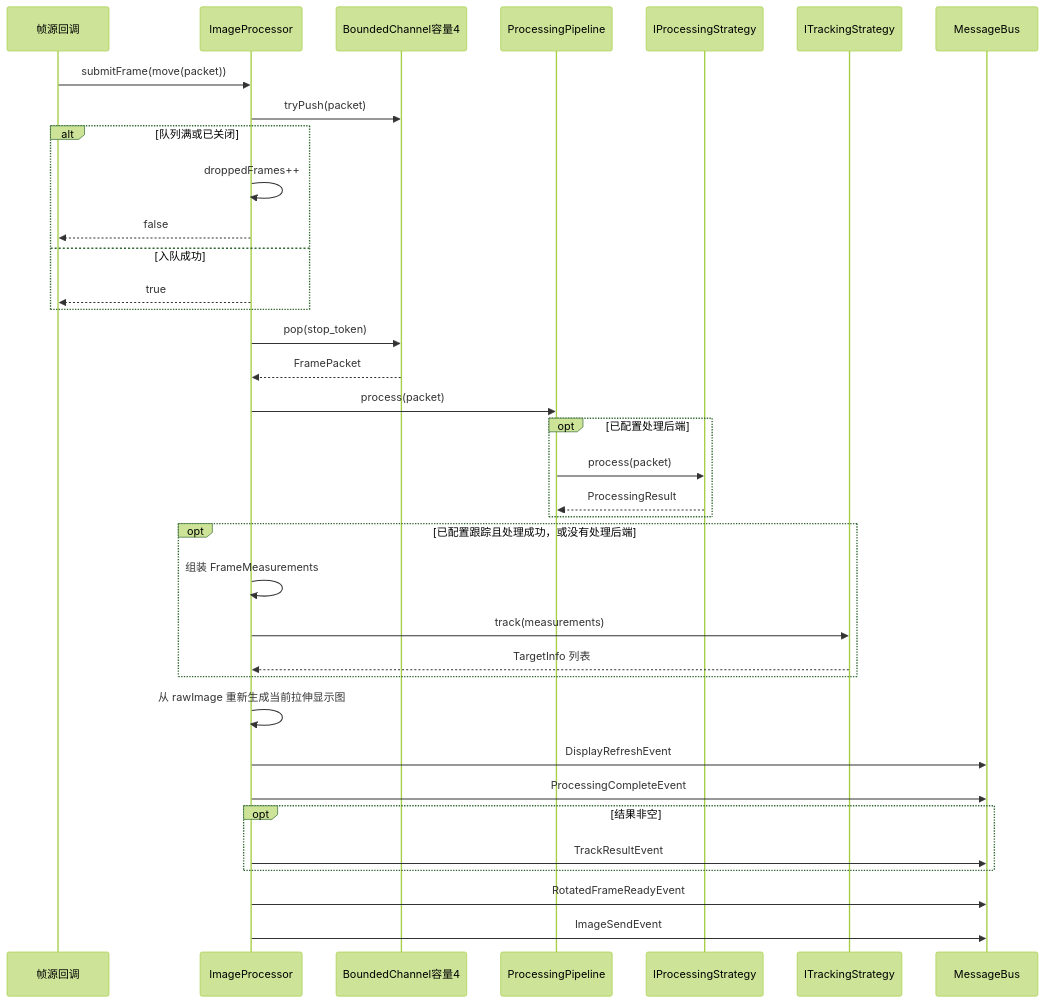
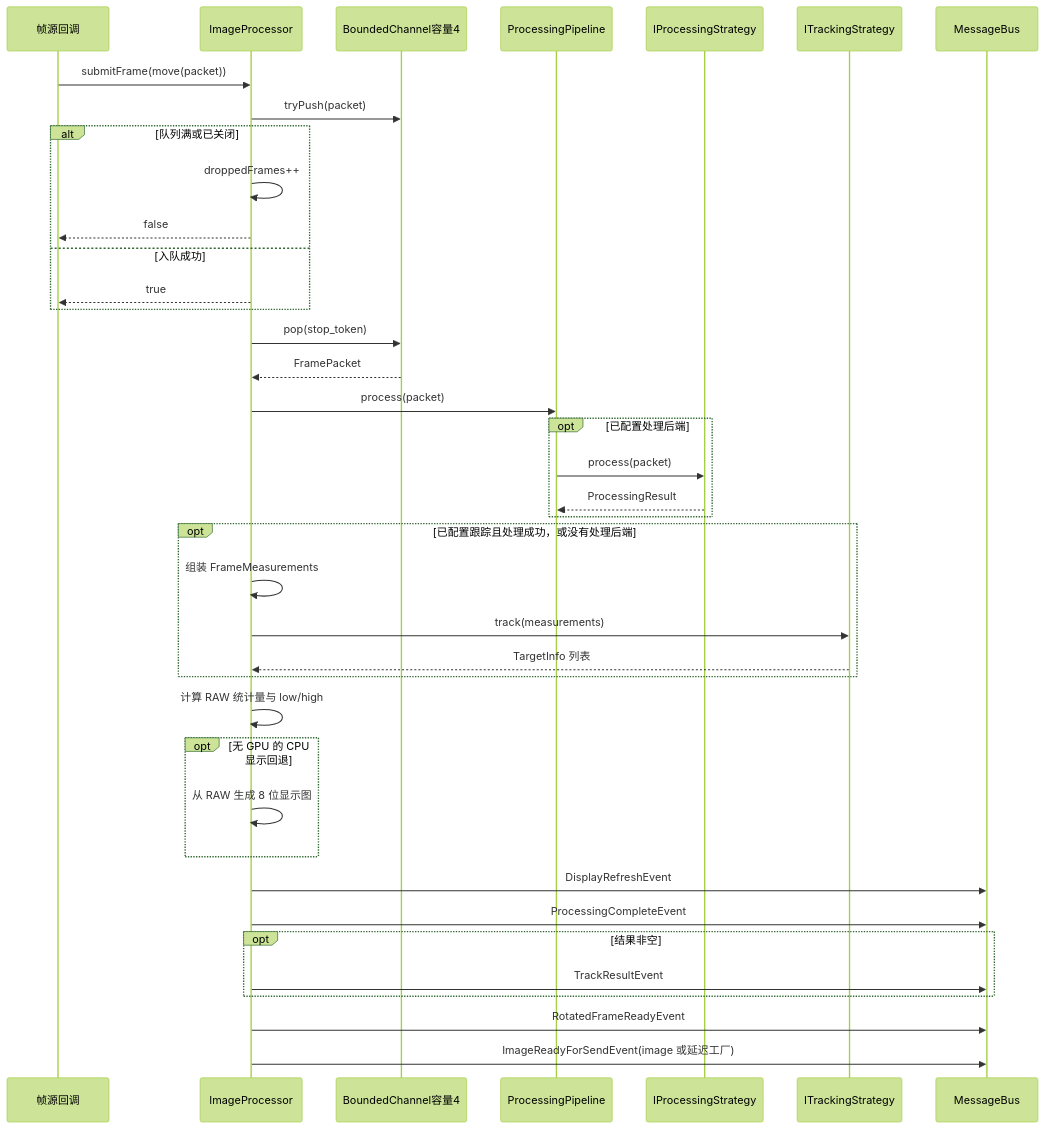
One commit to with-fair-wind/1mZGG changed the third of 5 diagrams in docs/module-processing.md. Above: the diagram before and after it, drawn with Mermaid (forest theme). The commit also changed other lines of this file and 61 other files, not shown here.

````diff
--- a/docs/module-processing.md
+++ b/docs/module-processing.md
@@ -256,39 +256,42 @@
 ```mermaid
 sequenceDiagram
     participant Producer as 帧源回调
     participant Processor as ImageProcessor
     participant Queue as BoundedChannel容量4
     participant Pipeline as ProcessingPipeline
     participant Strategy as IProcessingStrategy
     participant Tracker as ITrackingStrategy
     participant Bus as MessageBus
 
     Producer->>Processor: submitFrame(move(packet))
     Processor->>Queue: tryPush(packet)
     alt 队列满或已关闭
         Processor->>Processor: droppedFrames++
         Processor-->>Producer: false
     else 入队成功
         Processor-->>Producer: true
     end
     Processor->>Queue: pop(stop_token)
     Queue-->>Processor: FramePacket
     Processor->>Pipeline: process(packet)
     opt 已配置处理后端
         Pipeline->>Strategy: process(packet)
         Strategy-->>Pipeline: ProcessingResult
     end
     opt 已配置跟踪且处理成功，或没有处理后端
         Processor->>Processor: 组装 FrameMeasurements
         Processor->>Tracker: track(measurements)
         Tracker-->>Processor: TargetInfo 列表
     end
-    Processor->>Processor: 从 rawImage 重新生成当前拉伸显示图
+    Processor->>Processor: 计算 RAW 统计量与 low/high
+    opt 无 GPU 的 CPU 显示回退
+        Processor->>Processor: 从 RAW 生成 8 位显示图
+    end
     Processor->>Bus: DisplayRefreshEvent
     Processor->>Bus: ProcessingCompleteEvent
     opt 结果非空
         Processor->>Bus: TrackResultEvent
     end
     Processor->>Bus: RotatedFrameReadyEvent
-    Processor->>Bus: ImageSendEvent
+    Processor->>Bus: ImageReadyForSendEvent(image 或延迟工厂)
 ```
````
